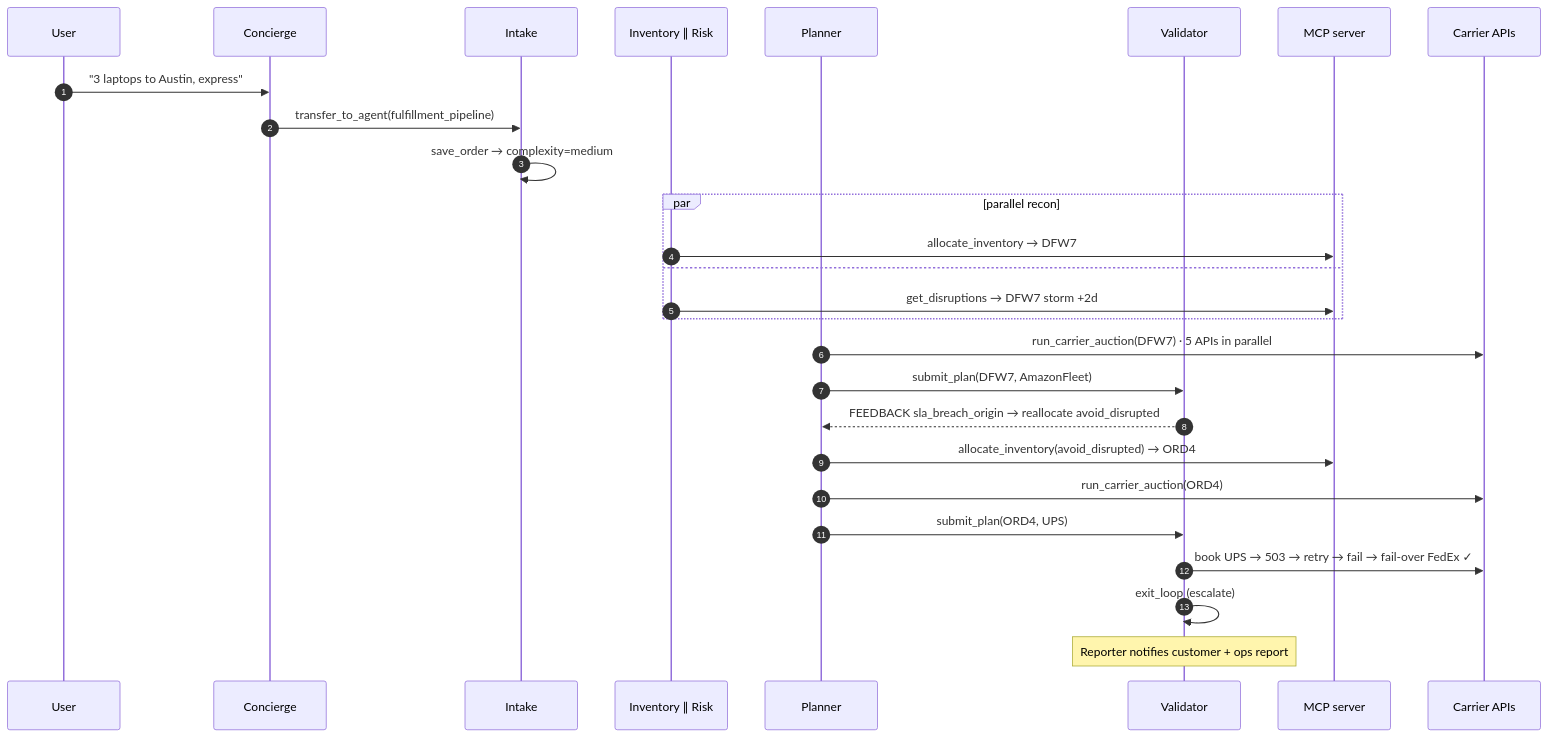
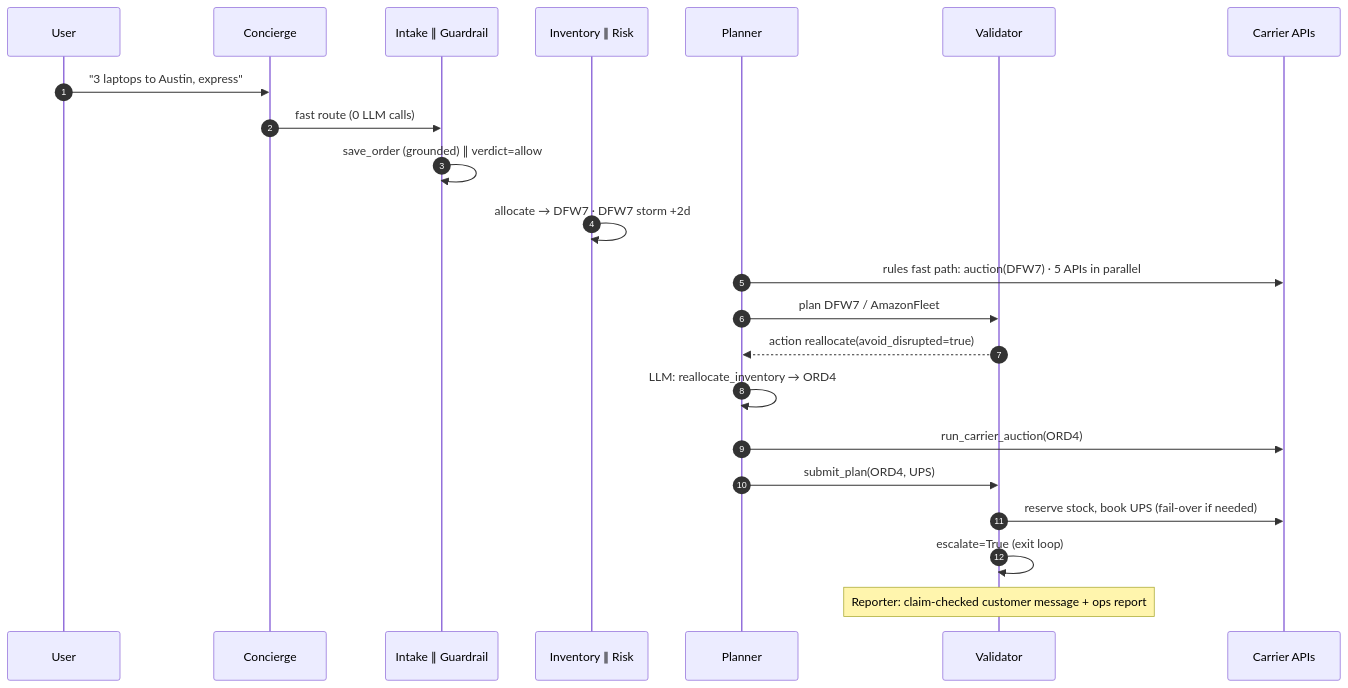
The second of 2 diagrams in shipmind/README.md (gayathriramanesh/agentWar), drawn with Mermaid before and after one commit. The commit also changed other lines of this file and 35 other files, not shown here.

````diff
--- a/shipmind/README.md
+++ b/shipmind/README.md
@@ -102,29 +104,24 @@
 ```mermaid
 sequenceDiagram
     autonumber
     participant U as User
     participant C as Concierge
-    participant I as Intake
+    participant IG as Intake ∥ Guardrail
     participant R as Inventory ∥ Risk
     participant P as Planner
     participant V as Validator
-    participant M as MCP server
     participant K as Carrier APIs
     U->>C: "3 laptops to Austin, express"
-    C->>I: transfer_to_agent(fulfillment_pipeline)
-    I->>I: save_order → complexity=medium
-    par parallel recon
-        R->>M: allocate_inventory → DFW7
-    and
-        R->>M: get_disruptions → DFW7 storm +2d
-    end
-    P->>K: run_carrier_auction(DFW7) · 5 APIs in parallel
-    P->>V: submit_plan(DFW7, AmazonFleet)
-    V-->>P: FEEDBACK sla_breach_origin → reallocate avoid_disrupted
-    P->>M: allocate_inventory(avoid_disrupted) → ORD4
+    C->>IG: fast route (0 LLM calls)
+    IG->>IG: save_order (grounded) ∥ verdict=allow
+    R->>R: allocate → DFW7 · DFW7 storm +2d
+    P->>K: rules fast path: auction(DFW7) · 5 APIs in parallel
+    P->>V: plan DFW7 / AmazonFleet
+    V-->>P: action reallocate(avoid_disrupted=true)
+    P->>P: LLM: reallocate_inventory → ORD4
     P->>K: run_carrier_auction(ORD4)
     P->>V: submit_plan(ORD4, UPS)
-    V->>K: book UPS → 503 → retry → fail → fail-over FedEx ✓
-    V->>V: exit_loop (escalate)
-    Note over V: Reporter notifies customer + ops report
+    V->>K: reserve stock, book UPS (fail-over if needed)
+    V->>V: escalate=True (exit loop)
+    Note over V: Reporter: claim-checked customer message + ops report
 ```
````
